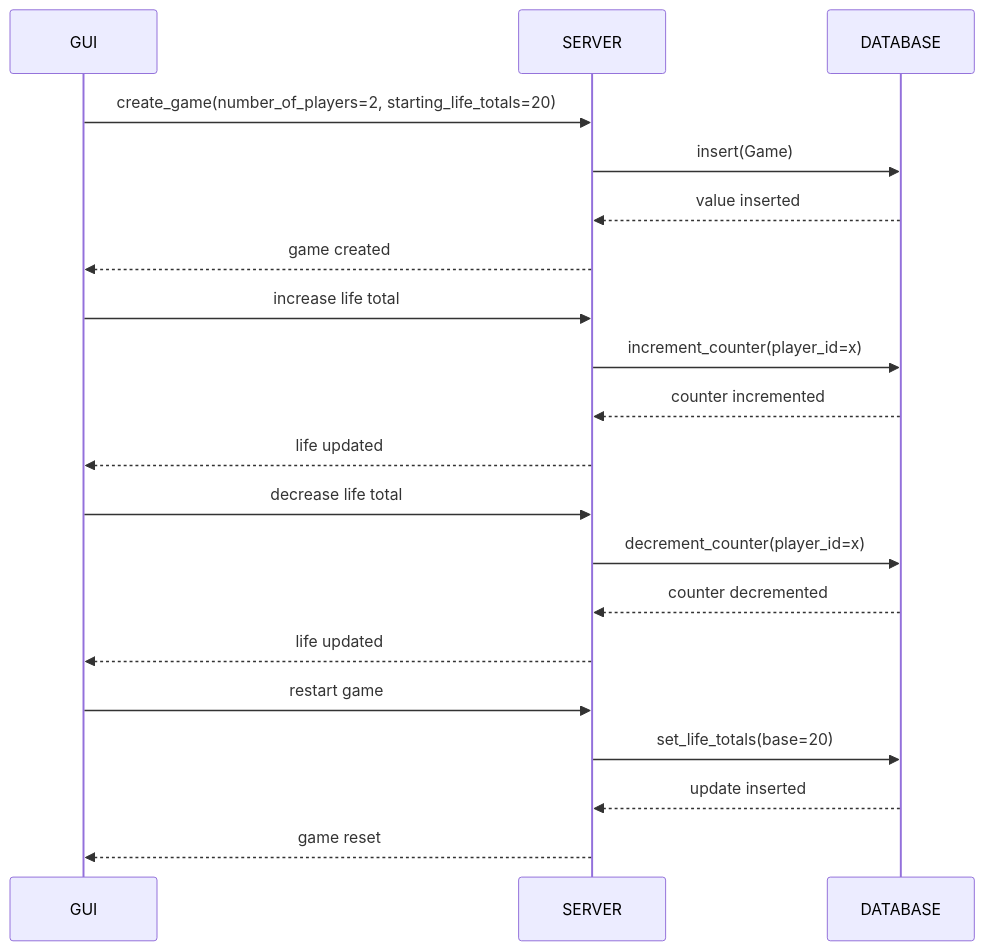
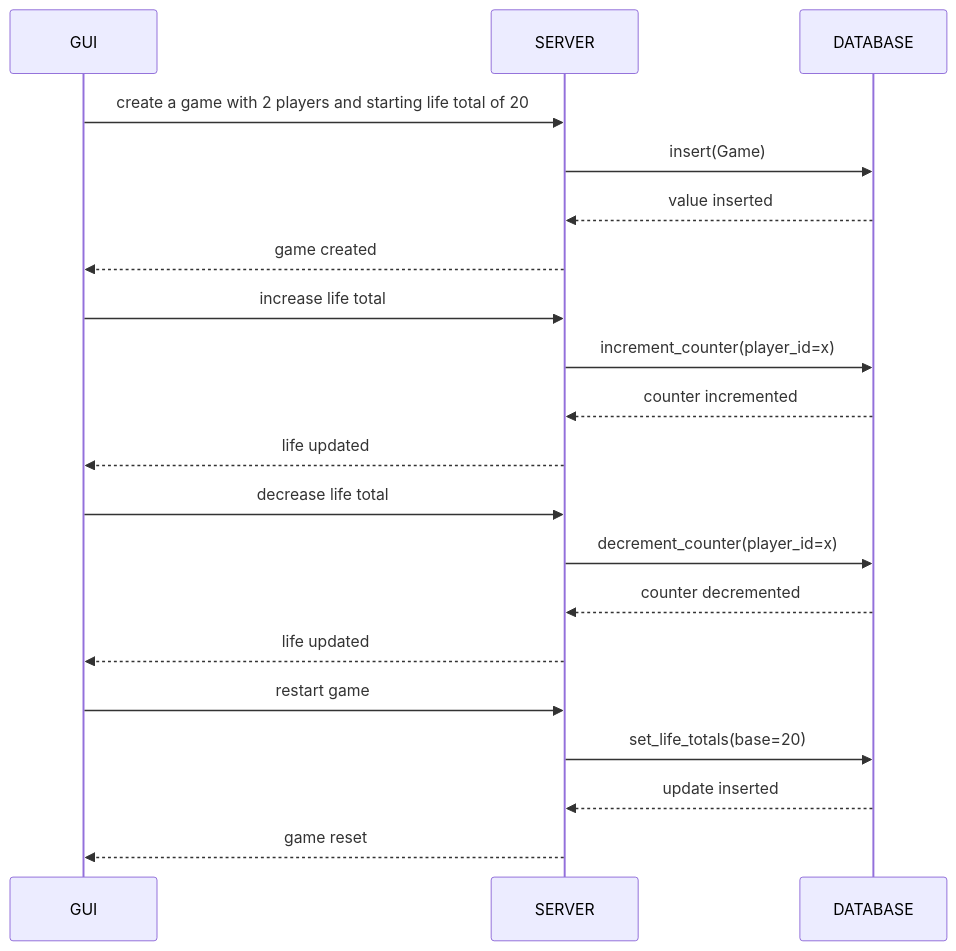
One commit to plyte/obs-life-tracker changed the diagram in README.md. Above: the diagram before and after it, drawn with Mermaid. The commit also changed other lines of this file, not shown here.

````diff
--- a/README.md
+++ b/README.md
@@ -27,19 +27,19 @@
 ```mermaid
 sequenceDiagram
-    GUI ->> SERVER: create_game(number_of_players=2, starting_life_totals=20)
+    GUI ->> SERVER: create a game with 2 players and starting life total of 20
     SERVER ->> DATABASE: insert(Game)
     DATABASE -->> SERVER: value inserted
     SERVER -->> GUI: game created
     GUI ->> SERVER: increase life total
     SERVER ->> DATABASE: increment_counter(player_id=x)
     DATABASE -->> SERVER: counter incremented
     SERVER -->> GUI: life updated
     GUI ->> SERVER: decrease life total
     SERVER ->> DATABASE: decrement_counter(player_id=x)
     DATABASE -->> SERVER: counter decremented
     SERVER -->> GUI: life updated
     GUI ->> SERVER: restart game
     SERVER ->> DATABASE: set_life_totals(base=20)
     DATABASE -->> SERVER: update inserted
     SERVER -->> GUI: game reset
 ```
````
